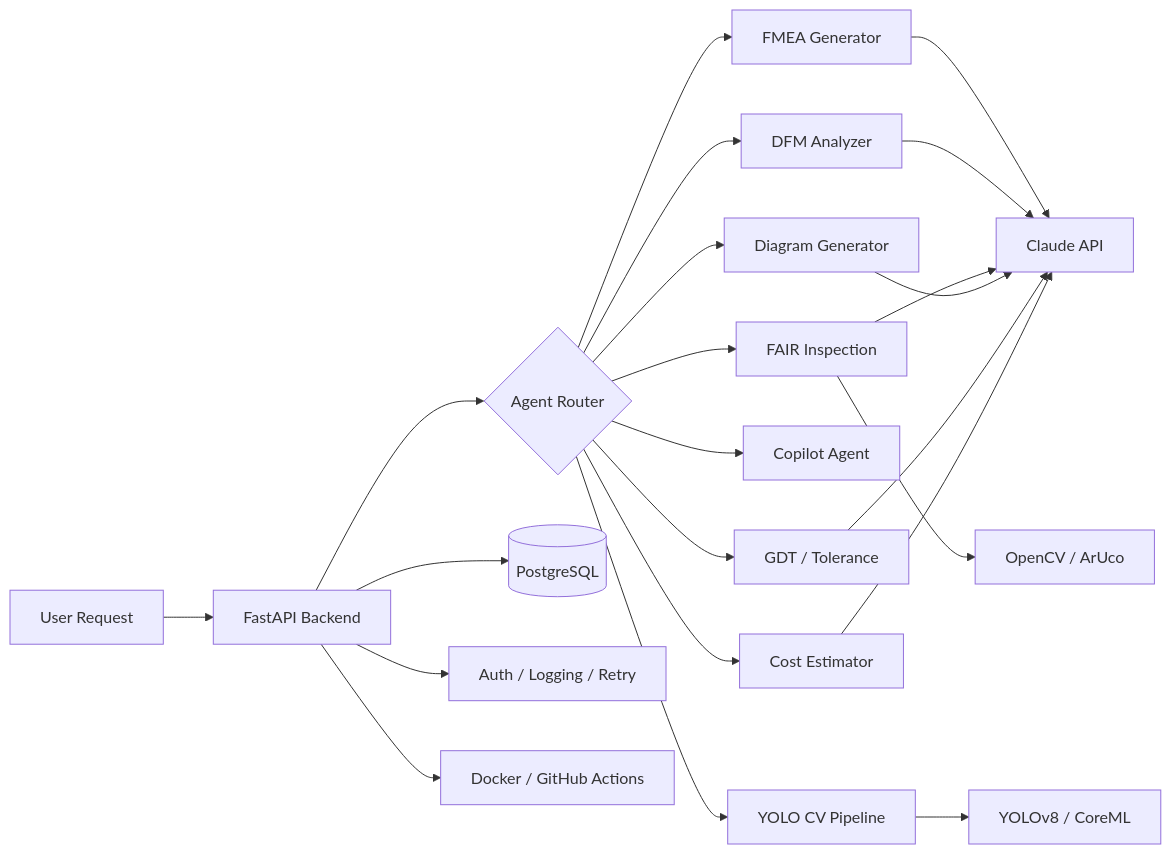
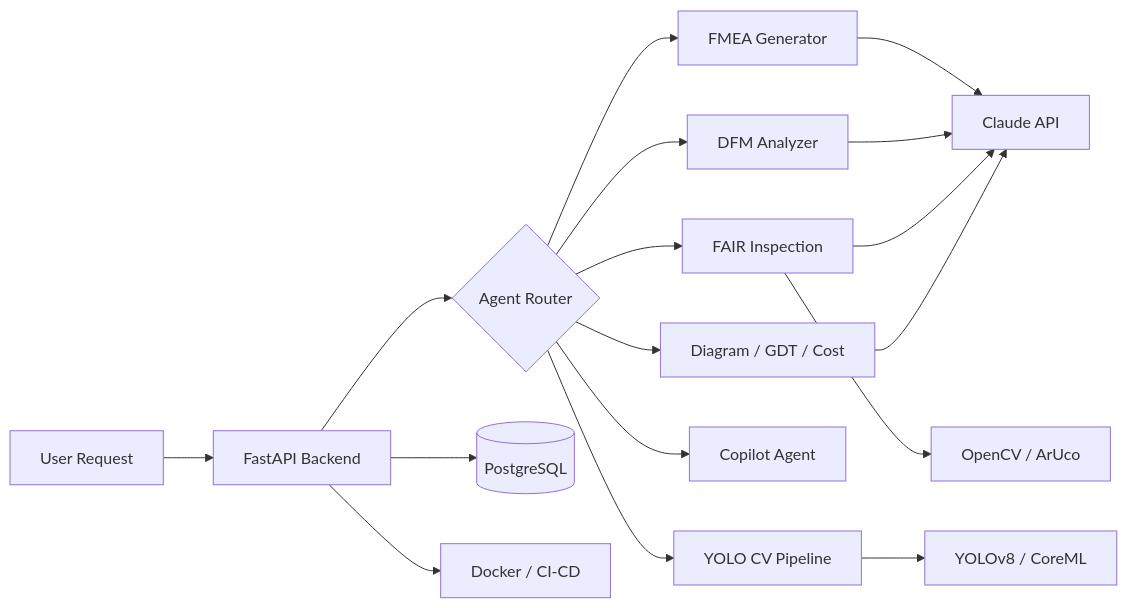
Before and after one commit to dawarazhar11/dawarazhar11: the first of 7 diagrams in README.md, drawn with Mermaid. The commit also changed other lines of this file, not shown here.

````diff
--- a/README.md
+++ b/README.md
@@ -161,24 +79,19 @@
 ```mermaid
 graph LR
     A["User Request"] --> B["FastAPI Backend"]
     B --> C{"Agent Router"}
     C --> D["FMEA Generator"]
     C --> E["DFM Analyzer"]
     C --> F["FAIR Inspection"]
     C --> G["YOLO CV Pipeline"]
     C --> H["Copilot Agent"]
+    C --> P["Diagram / GDT / Cost"]
     D --> I["Claude API"]
     E --> I
     F --> I
-    C --> P["Diagram Generator"]
-    C --> Q["GDT / Tolerance"]
-    C --> R["Cost Estimator"]
     P --> I
-    Q --> I
-    R --> I
     F --> J["OpenCV / ArUco"]
     G --> K["YOLOv8 / CoreML"]
     B --> L[("PostgreSQL")]
-    B --> M["Auth / Logging / Retry"]
-    B --> N["Docker / GitHub Actions"]
+    B --> M["Docker / CI-CD"]
 ```
````
